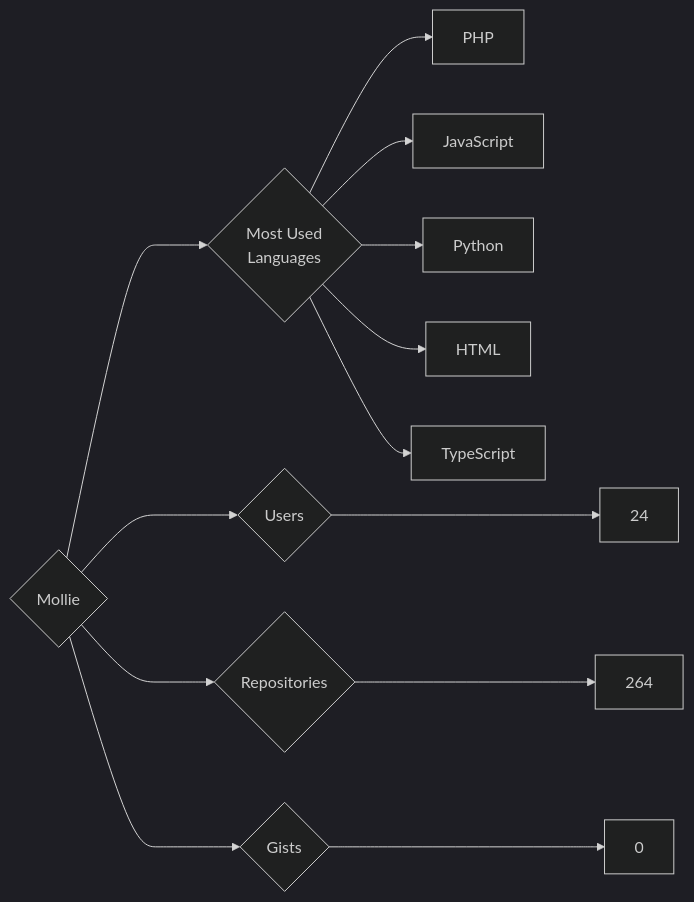
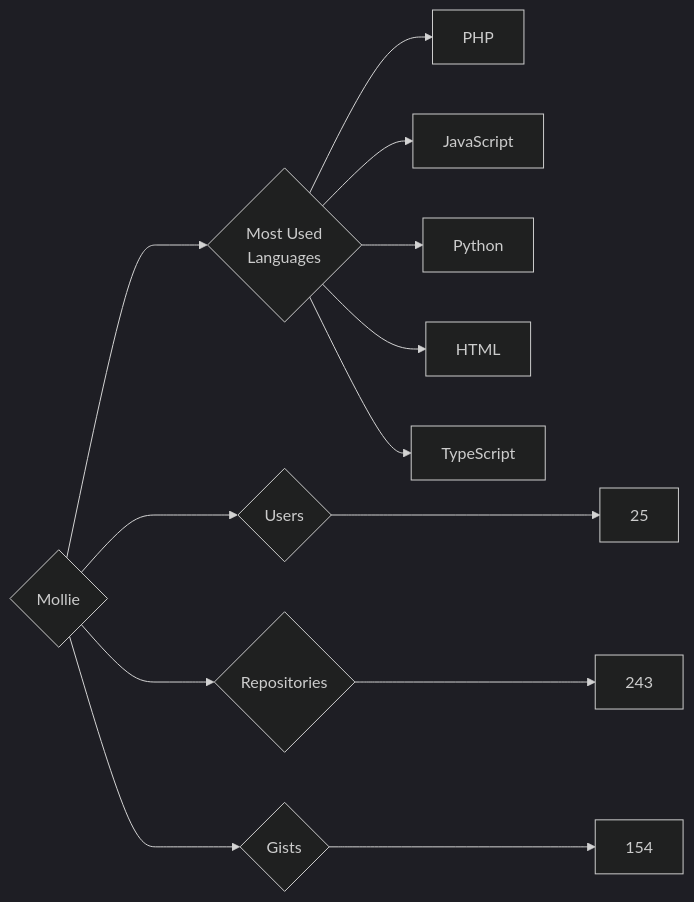
Before and after one commit to trickest/insiders: the diagram in targets/Mollie/README.md, drawn with Mermaid (dark theme). The commit also changed 997 other files, not shown here.

````diff
--- a/targets/Mollie/README.md
+++ b/targets/Mollie/README.md
@@ -3,13 +3,13 @@
 ```mermaid
 graph LR
 COMPANY_NAME{Mollie}
-COMPANY_NAME ---> U{Users} ---> UN[24]
-COMPANY_NAME ---> R{Repositories} ---> RN[264]
-COMPANY_NAME ---> G{Gists} ---> GN[0]
+COMPANY_NAME ---> U{Users} ---> UN[25]
+COMPANY_NAME ---> R{Repositories} ---> RN[243]
+COMPANY_NAME ---> G{Gists} ---> GN[154]
 COMPANY_NAME ---> ML{Most Used<br>Languages}
-ML --> PHP
-ML --> JavaScript
-ML --> Python
-ML --> HTML
-ML --> TypeScript
+ML --> PHP[PHP]
+ML --> JavaScript[JavaScript]
+ML --> Python[Python]
+ML --> HTML[HTML]
+ML --> TypeScript[TypeScript]
 ```
````
